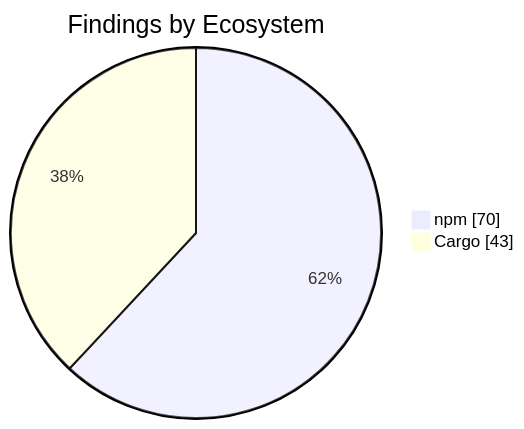
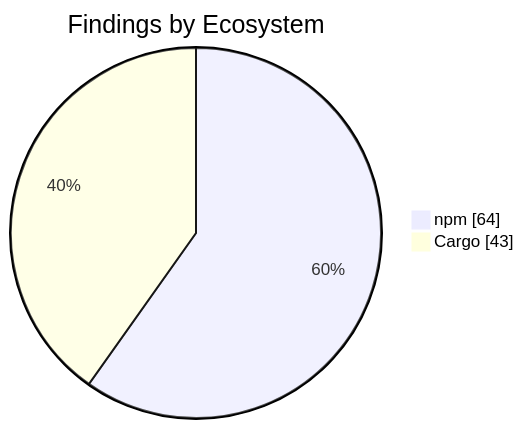
Before and after one commit to KBVE/kbve: the second of 2 diagrams in apps/kbve/astro-kbve/src/content/docs/dashboard/security.mdx, drawn with Mermaid. The commit also changed other lines of this file and 8 other files, not shown here.

````diff
--- a/apps/kbve/astro-kbve/src/content/docs/dashboard/security.mdx
+++ b/apps/kbve/astro-kbve/src/content/docs/dashboard/security.mdx
@@ -72,6 +72,6 @@
 ```mermaid
 pie showData
     title Findings by Ecosystem
-    "npm" : 70
+    "npm" : 64
     "Cargo" : 43
 ```
````
